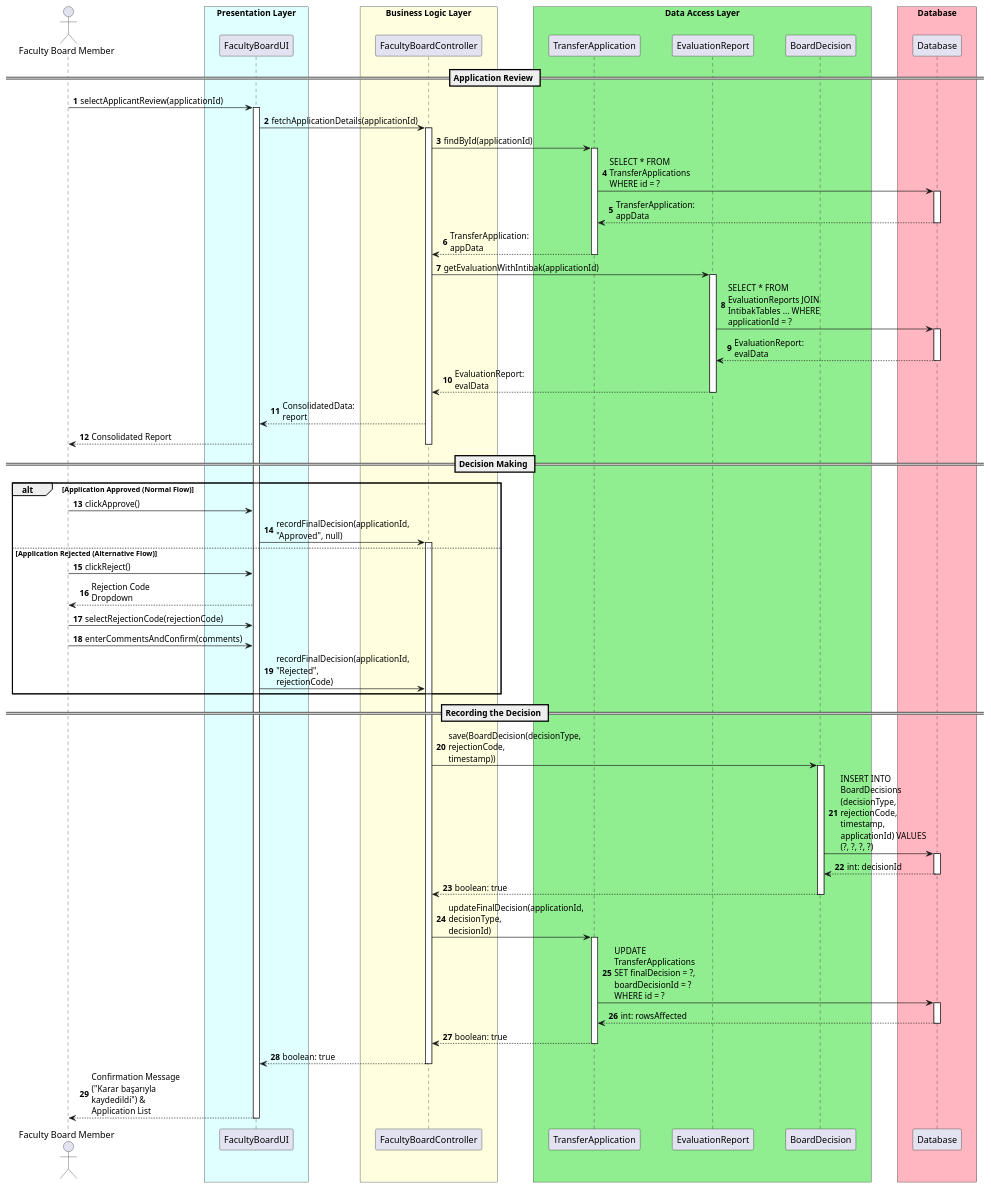
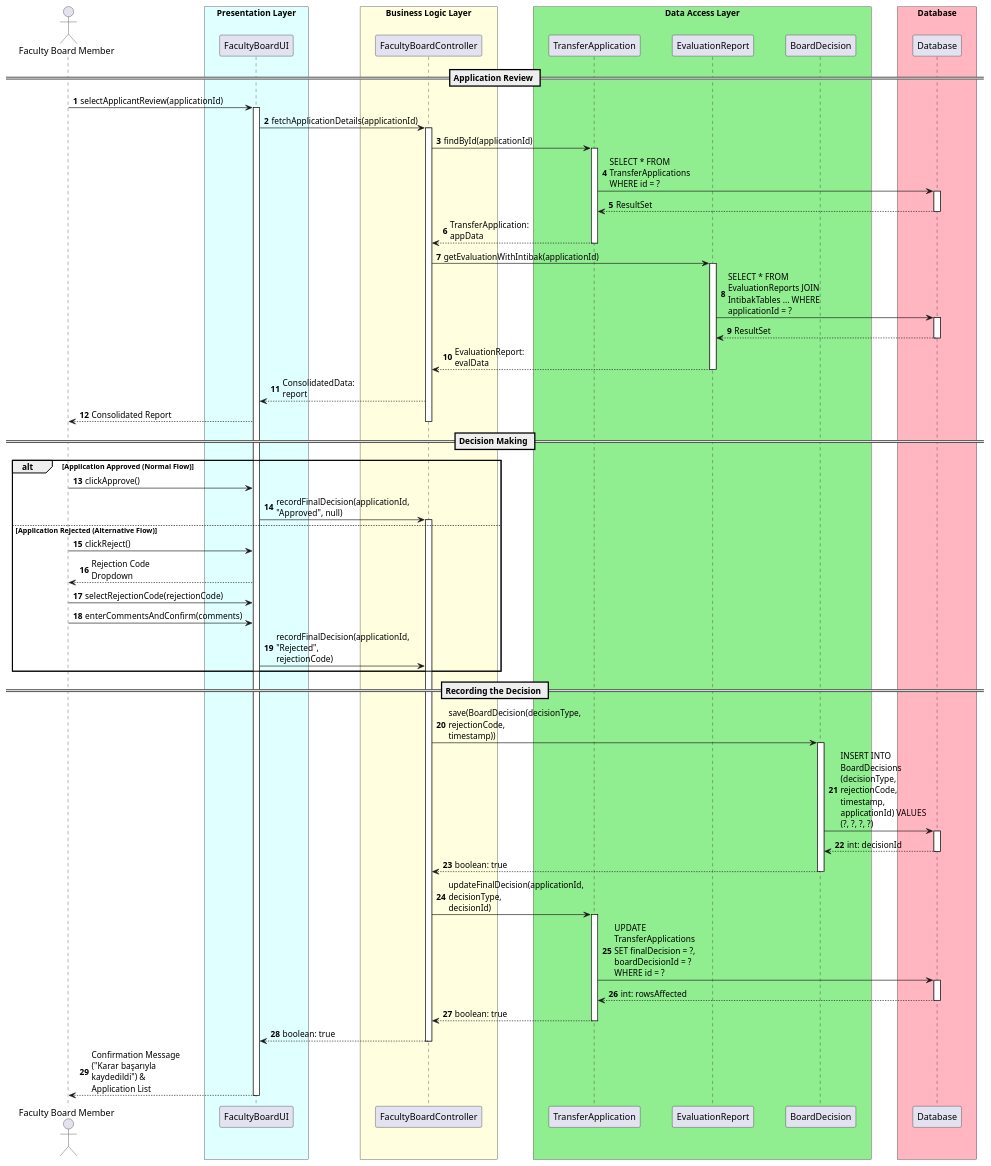
One commit to UTMS-G02/utms changed the diagram in docs/uml/uc-11.puml. Above: the diagram before and after it, drawn with PlantUML. The commit also changed 2 other files, not shown here.

```diff
--- a/docs/uml/uc-11.puml
+++ b/docs/uml/uc-11.puml
@@ -1,96 +1,96 @@
 @startuml uc-11
 autonumber
 skinparam maxMessageSize 150
 skinparam ParticipantPadding 20
 skinparam BoxPadding 10
 
 actor "Faculty Board Member" as Board
 
 box "Presentation Layer" #LightCyan
 participant "FacultyBoardUI" as UI
 end box
 
 box "Business Logic Layer" #LightYellow
 participant "FacultyBoardController" as Controller
 end box
 
 box "Data Access Layer" #LightGreen
 participant "TransferApplication" as AppDB
 participant "EvaluationReport" as EvalDB
 participant "BoardDecision" as DecisionDB
 end box
 
 box "Database" #LightPink
 participant "Database" as DB
 end box
 
 == Application Review ==
 Board -> UI: selectApplicantReview(applicationId)
 activate UI
 
 UI -> Controller: fetchApplicationDetails(applicationId)
 activate Controller
 
 Controller -> AppDB: findById(applicationId)
 activate AppDB
 AppDB -> DB: SELECT * FROM TransferApplications WHERE id = ?
 activate DB
-DB --> AppDB: TransferApplication: appData
+DB --> AppDB: ResultSet
 deactivate DB
 AppDB --> Controller: TransferApplication: appData
 deactivate AppDB
 
 Controller -> EvalDB: getEvaluationWithIntibak(applicationId)
 activate EvalDB
 EvalDB -> DB: SELECT * FROM EvaluationReports JOIN IntibakTables ... WHERE applicationId = ?
 activate DB
-DB --> EvalDB: EvaluationReport: evalData
+DB --> EvalDB:  ResultSet
 deactivate DB
 EvalDB --> Controller: EvaluationReport: evalData
 deactivate EvalDB
 
 Controller --> UI: ConsolidatedData: report
 UI --> Board: Consolidated Report
 deactivate Controller
 
 == Decision Making ==
 alt Application Approved (Normal Flow)
     Board -> UI: clickApprove()
     UI -> Controller: recordFinalDecision(applicationId, "Approved", null)
     activate Controller
     
 else Application Rejected (Alternative Flow)
     Board -> UI: clickReject()
     UI --> Board: Rejection Code Dropdown
     
     Board -> UI: selectRejectionCode(rejectionCode)
     Board -> UI: enterCommentsAndConfirm(comments)
     UI -> Controller: recordFinalDecision(applicationId, "Rejected", rejectionCode)
 end
 
 == Recording the Decision ==
 Controller -> DecisionDB: save(BoardDecision(decisionType, rejectionCode, timestamp))
 activate DecisionDB
 DecisionDB -> DB: INSERT INTO BoardDecisions (decisionType, rejectionCode, timestamp, applicationId) VALUES (?, ?, ?, ?)
 activate DB
 DB --> DecisionDB: int: decisionId
 deactivate DB
 DecisionDB --> Controller: boolean: true
 deactivate DecisionDB
 
 Controller -> AppDB: updateFinalDecision(applicationId, decisionType, decisionId)
 activate AppDB
 AppDB -> DB: UPDATE TransferApplications SET finalDecision = ?, boardDecisionId = ? WHERE id = ?
 activate DB
 DB --> AppDB: int: rowsAffected
 deactivate DB
 AppDB --> Controller: boolean: true
 deactivate AppDB
 
 Controller --> UI: boolean: true
 deactivate Controller
 
 UI --> Board: Confirmation Message ("Karar başarıyla kaydedildi") & Application List
 deactivate UI
 
 @enduml
```
